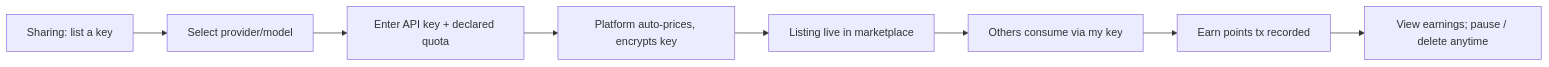
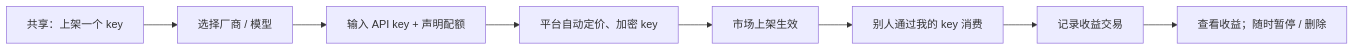
The third of 6 diagrams in docs/user-stories.md (argszero/aitokenpool), drawn with Mermaid before and after one commit. The commit also changed other lines of this file, not shown here.

````diff
--- a/docs/user-stories.md
+++ b/docs/user-stories.md
@@ -151,10 +154,10 @@
 ```mermaid
 flowchart LR
-  A[Sharing: list a key] --> B[Select provider/model]
-  B --> C[Enter API key + declared quota]
-  C --> D[Platform auto-prices, encrypts key]
-  D --> E[Listing live in marketplace]
-  E --> F[Others consume via my key]
-  F --> G[Earn points tx recorded]
-  G --> H[View earnings; pause / delete anytime]
+  A[共享：上架一个 key] --> B[选择厂商 / 模型]
+  B --> C[输入 API key + 声明配额]
+  C --> D[平台自动定价、加密 key]
+  D --> E[市场上架生效]
+  E --> F[别人通过我的 key 消费]
+  F --> G[记录收益交易]
+  G --> H[查看收益；随时暂停 / 删除]
 ```
````
